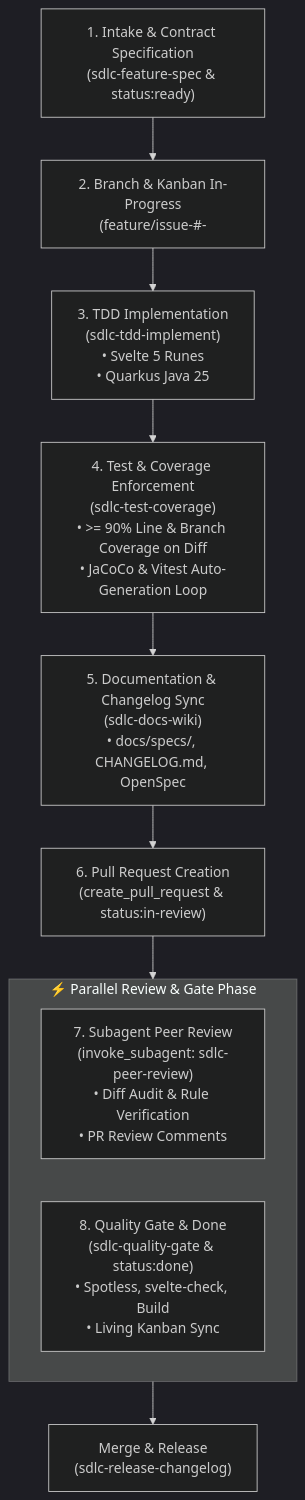
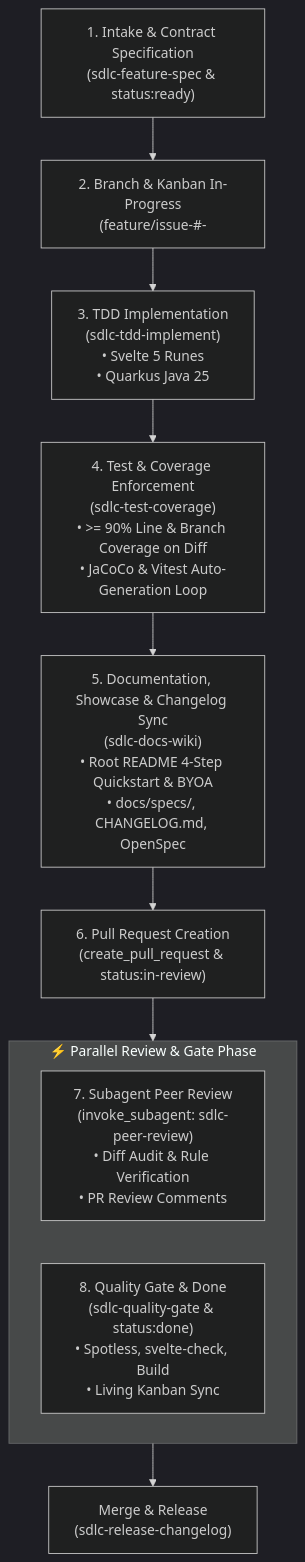
Before and after one commit to fmatar/sealit: the diagram in .agent/skills/sdlc-flow/SKILL.md, drawn with Mermaid (dark theme). The commit also changed other lines of this file and 1 other file, not shown here.

Commit message:
feat(skills): introduce Developer Showcase & Quickstart onboarding invariant to sdlc-flow v3.2.0 and sdlc-docs-wiki

````diff
--- a/.agent/skills/sdlc-flow/SKILL.md
+++ b/.agent/skills/sdlc-flow/SKILL.md
@@ -17,17 +17,17 @@
 ```mermaid
 flowchart TD
     S1["1. Intake & Contract Specification\n(sdlc-feature-spec & status:ready)"] --> S2["2. Branch & Kanban In-Progress\n(feature/issue-#<id>-<title> & status:in-progress)"]
     S2 --> S3["3. TDD Implementation\n(sdlc-tdd-implement)\n• Svelte 5 Runes\n• Quarkus Java 25"]
     S3 --> S4["4. Test & Coverage Enforcement\n(sdlc-test-coverage)\n• >= 90% Line & Branch Coverage on Diff\n• JaCoCo & Vitest Auto-Generation Loop"]
-    S4 --> S5["5. Documentation & Changelog Sync\n(sdlc-docs-wiki)\n• docs/specs/, CHANGELOG.md, OpenSpec"]
+    S4 --> S5["5. Documentation, Showcase & Changelog Sync\n(sdlc-docs-wiki)\n• Root README 4-Step Quickstart & BYOA\n• docs/specs/, CHANGELOG.md, OpenSpec"]
     S5 --> S6["6. Pull Request Creation\n(create_pull_request & status:in-review)"]
     
     subgraph ParallelReview ["⚡ Parallel Review & Gate Phase"]
         direction LR
         S7["7. Subagent Peer Review\n(invoke_subagent: sdlc-peer-review)\n• Diff Audit & Rule Verification\n• PR Review Comments"]
         S8["8. Quality Gate & Done\n(sdlc-quality-gate & status:done)\n• Spotless, svelte-check, Build\n• Living Kanban Sync"]
     end
     
     S6 --> ParallelReview
     ParallelReview --> Done["Merge & Release\n(sdlc-release-changelog)"]
 ```
````
